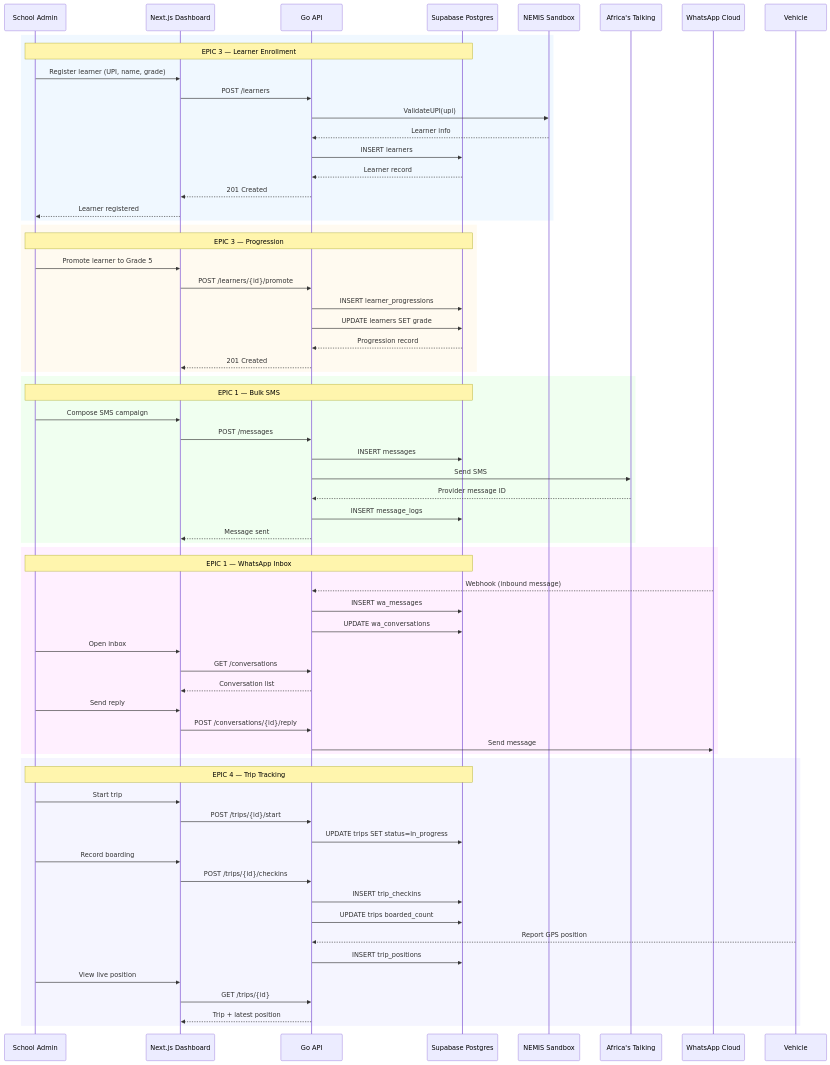
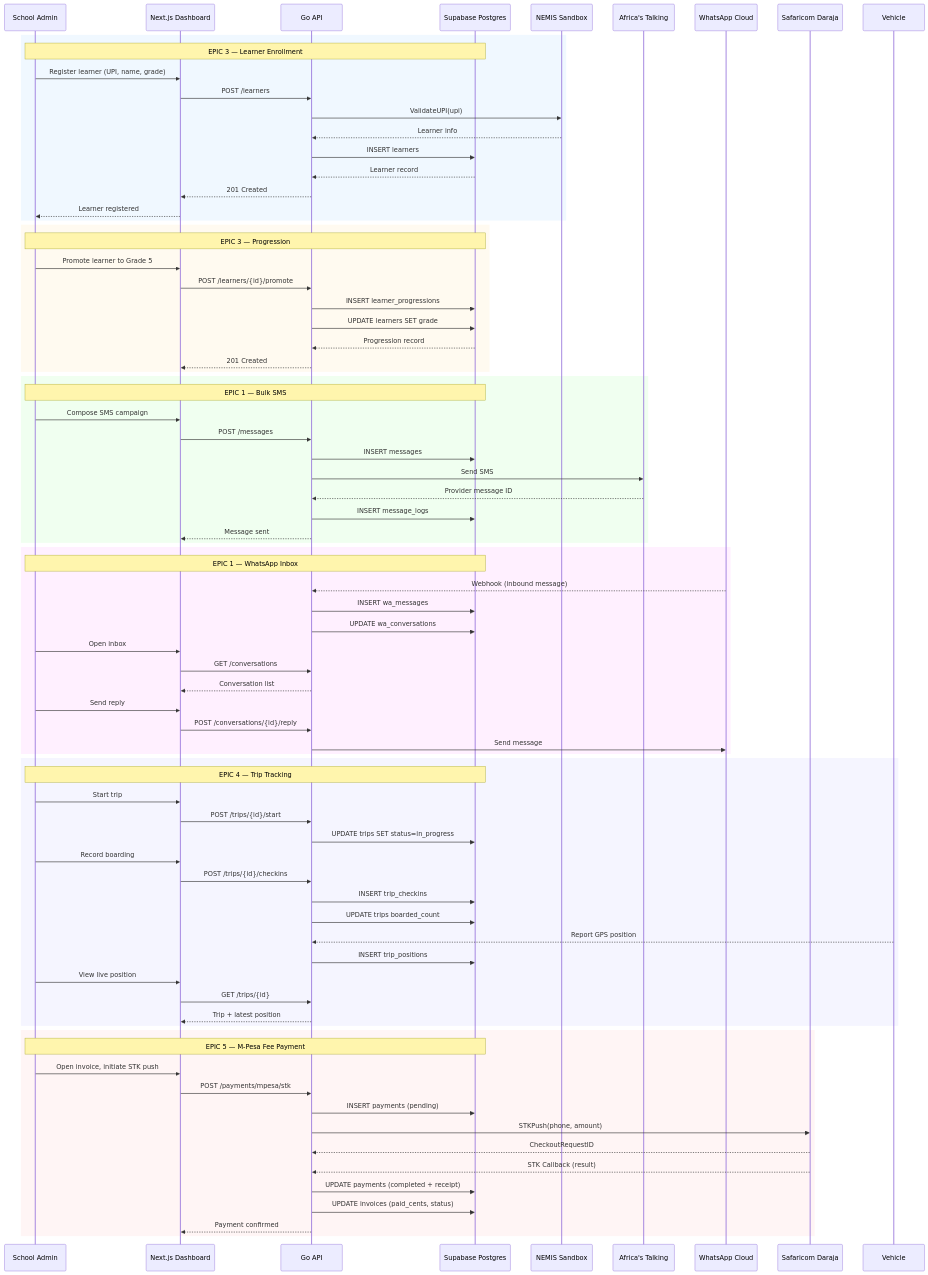
Before and after one commit to Godwin-88/curly-octo-winner: the fourth of 4 diagrams in README.md, drawn with Mermaid. The commit also changed other lines of this file and 18 other files, not shown here.

````diff
--- a/README.md
+++ b/README.md
@@ -530,6 +633,7 @@
     participant NEMIS as NEMIS Sandbox
     participant AT as Africa's Talking
     participant WA as WhatsApp Cloud
+    participant MPESA as Safaricom Daraja
 
     rect rgb(240, 248, 255)
         Note over Admin,DB: EPIC 3 — Learner Enrollment
@@ -592,4 +696,17 @@
         Web->>API: GET /trips/{id}
         API-->>Web: Trip + latest position
     end
+
+    rect rgb(255, 245, 245)
+        Note over Admin,DB: EPIC 5 — M-Pesa Fee Payment
+        Admin->>Web: Open invoice, initiate STK push
+        Web->>API: POST /payments/mpesa/stk
+        API->>DB: INSERT payments (pending)
+        API->>MPESA: STKPush(phone, amount)
+        MPESA-->>API: CheckoutRequestID
+        MPESA-->>API: STK Callback (result)
+        API->>DB: UPDATE payments (completed + receipt)
+        API->>DB: UPDATE invoices (paid_cents, status)
+        API-->>Web: Payment confirmed
+    end
 ```
````
